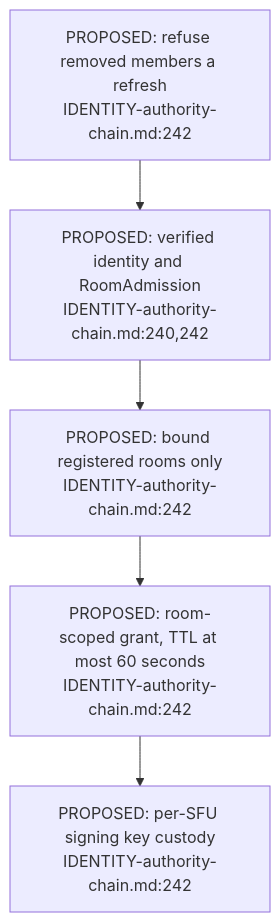
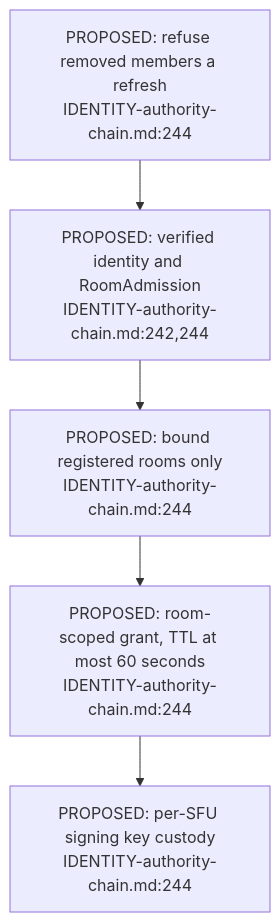
Before and after one commit to DreamLab-AI/VisionFlow: the second of 3 diagrams in docs/diagrams/visionclaw/50-deferred-space-voice.md, drawn with Mermaid. The commit also changed other lines of this file and 46 other files, not shown here.

Commit message:
docs(diagrams): re-verify VisionClaw topics at 809a859aa/a950f4d80 after the consolidation pass

````diff
--- a/docs/diagrams/visionclaw/50-deferred-space-voice.md
+++ b/docs/diagrams/visionclaw/50-deferred-space-voice.md
@@ -41,7 +41,7 @@
 ```mermaid
 flowchart TD
-    AUTH["PROPOSED: verified identity and RoomAdmission<br/>IDENTITY-authority-chain.md:240,242"] --> BOUND["PROPOSED: bound registered rooms only<br/>IDENTITY-authority-chain.md:242"]
-    BOUND --> MINT["PROPOSED: room-scoped grant, TTL at most 60 seconds<br/>IDENTITY-authority-chain.md:242"]
-    MINT --> KEY["PROPOSED: per-SFU signing key custody<br/>IDENTITY-authority-chain.md:242"]
-    REFRESH["PROPOSED: refuse removed members a refresh<br/>IDENTITY-authority-chain.md:242"] --> AUTH
+    AUTH["PROPOSED: verified identity and RoomAdmission<br/>IDENTITY-authority-chain.md:242,244"] --> BOUND["PROPOSED: bound registered rooms only<br/>IDENTITY-authority-chain.md:244"]
+    BOUND --> MINT["PROPOSED: room-scoped grant, TTL at most 60 seconds<br/>IDENTITY-authority-chain.md:244"]
+    MINT --> KEY["PROPOSED: per-SFU signing key custody<br/>IDENTITY-authority-chain.md:244"]
+    REFRESH["PROPOSED: refuse removed members a refresh<br/>IDENTITY-authority-chain.md:244"] --> AUTH
 ```
````
